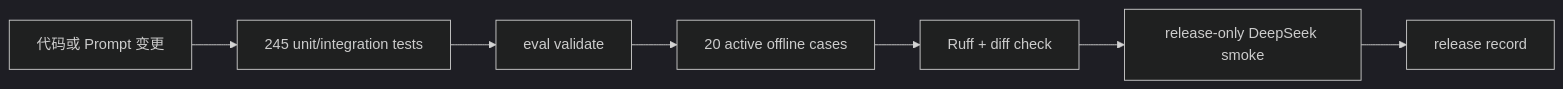
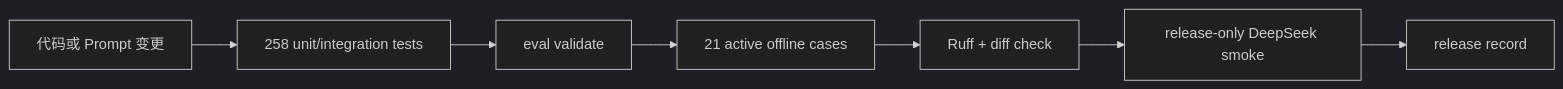
One commit to NEDONION/lobster0 changed the diagram in docs/evals/README.md. Above: the diagram before and after it, drawn with Mermaid (dark theme). The commit also changed other lines of this file and 26 other files, not shown here.

````diff
--- a/docs/evals/README.md
+++ b/docs/evals/README.md
@@ -18,9 +18,9 @@
 ```mermaid
 flowchart LR
-    CHANGE["代码或 Prompt 变更"] --> UNIT["245 unit/integration tests"]
+    CHANGE["代码或 Prompt 变更"] --> UNIT["258 unit/integration tests"]
     UNIT --> VALIDATE["eval validate"]
-    VALIDATE --> OFFLINE["20 active offline cases"]
+    VALIDATE --> OFFLINE["21 active offline cases"]
     OFFLINE --> RUFF["Ruff + diff check"]
     RUFF --> LIVE["release-only DeepSeek smoke"]
     LIVE --> RECORD["release record"]
 ```
````
